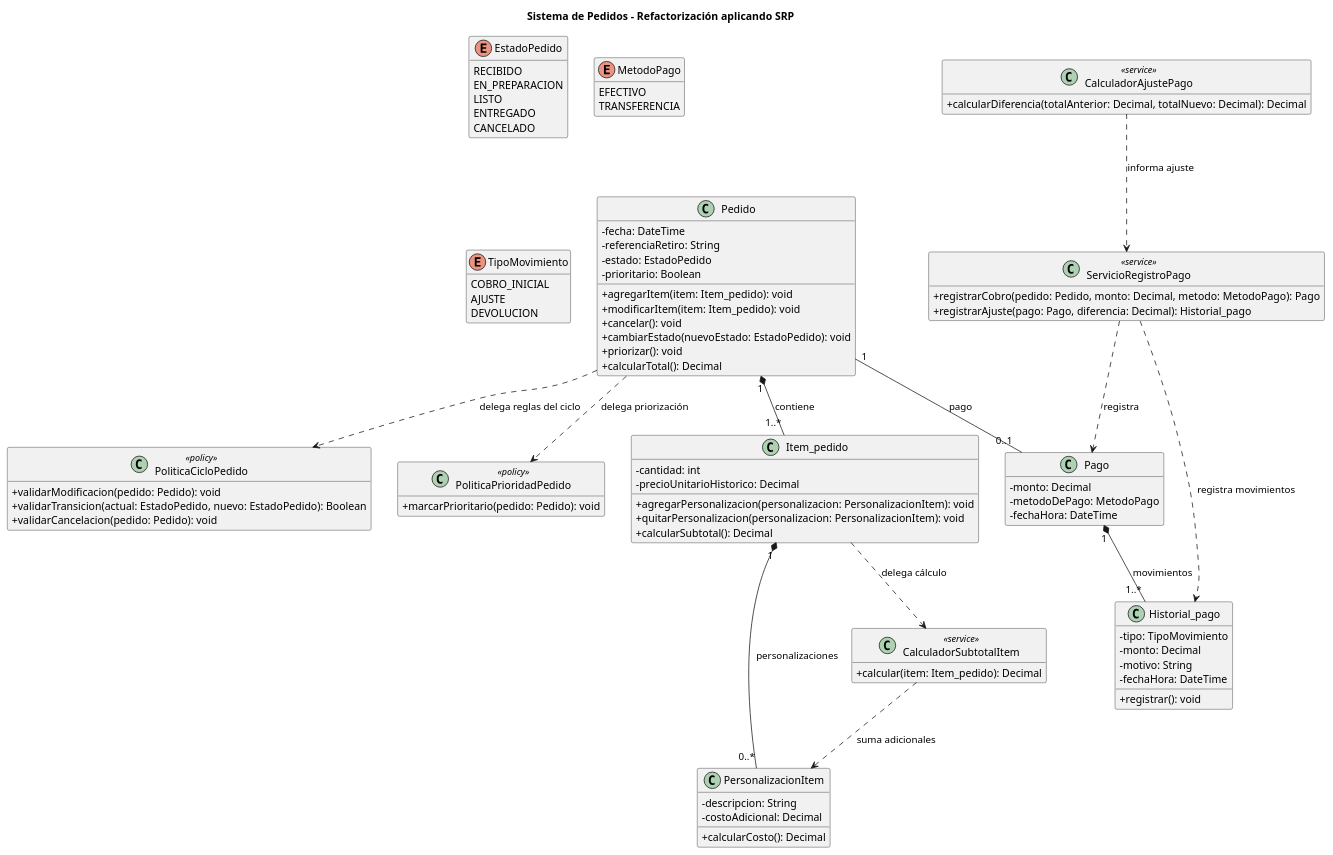
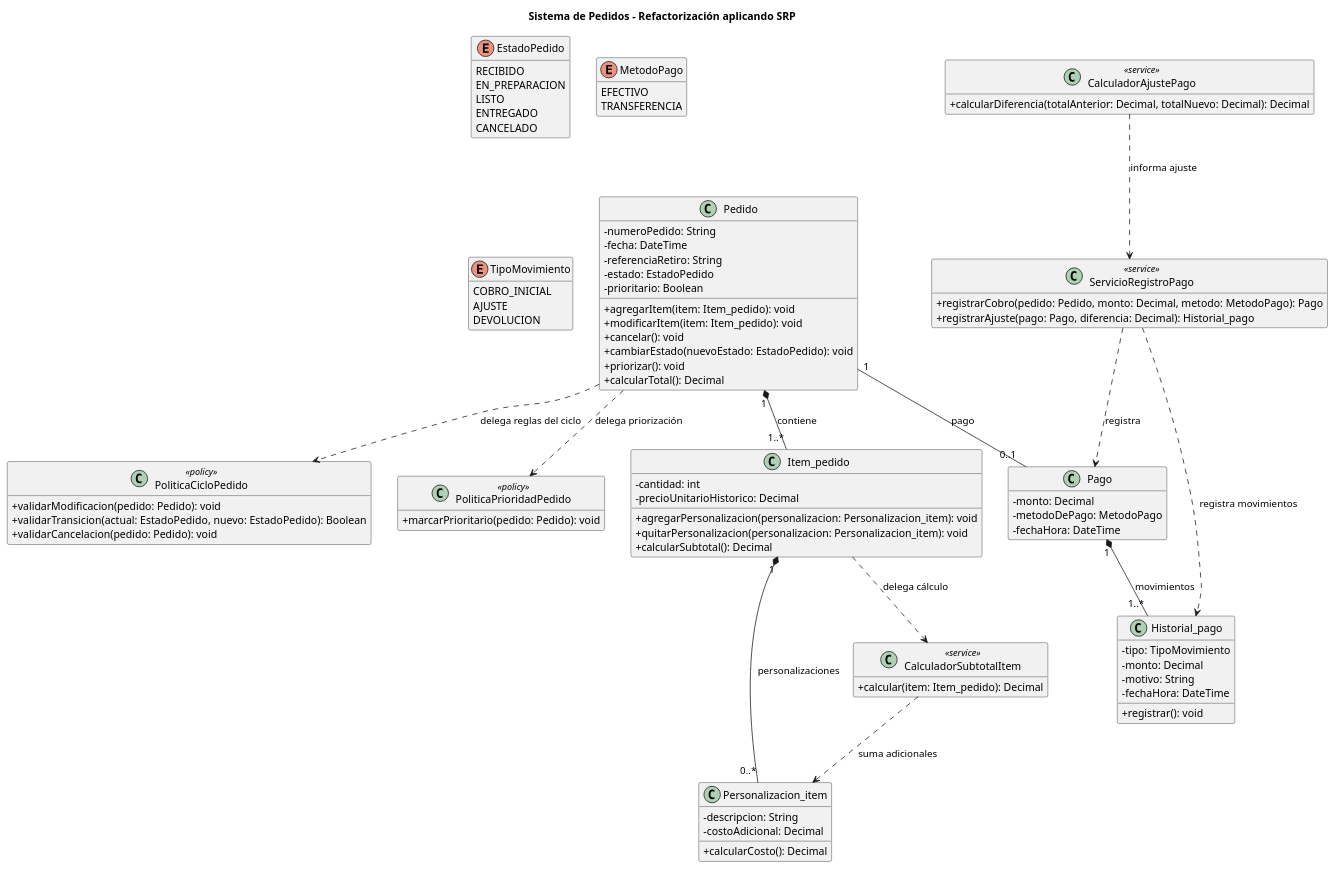
One commit to eloeyhe/SistemaPedidos changed the diagram in diagramas/01-diagrama-clases/01-solid-01-srp.puml. Above: the diagram before and after it, drawn with PlantUML. The commit also changed 4 other files, not shown here.

```diff
--- a/diagramas/01-diagrama-clases/01-solid-01-srp.puml
+++ b/diagramas/01-diagrama-clases/01-solid-01-srp.puml
@@ -1,106 +1,107 @@
 @startuml
 title Sistema de Pedidos - Refactorización aplicando SRP
 
 skinparam classAttributeIconSize 0
 hide empty members
 
 class Pedido {
+  - numeroPedido: String
   - fecha: DateTime
   - referenciaRetiro: String
   - estado: EstadoPedido
   - prioritario: Boolean
   + agregarItem(item: Item_pedido): void
   + modificarItem(item: Item_pedido): void
   + cancelar(): void
   + cambiarEstado(nuevoEstado: EstadoPedido): void
   + priorizar(): void
   + calcularTotal(): Decimal
 }
 
 class Item_pedido {
   - cantidad: int
   - precioUnitarioHistorico: Decimal
-  + agregarPersonalizacion(personalizacion: PersonalizacionItem): void
-  + quitarPersonalizacion(personalizacion: PersonalizacionItem): void
+  + agregarPersonalizacion(personalizacion: Personalizacion_item): void
+  + quitarPersonalizacion(personalizacion: Personalizacion_item): void
   + calcularSubtotal(): Decimal
 }
 
-class PersonalizacionItem {
+class Personalizacion_item {
   - descripcion: String
   - costoAdicional: Decimal
   + calcularCosto(): Decimal
 }
 
 class Pago {
   - monto: Decimal
   - metodoDePago: MetodoPago
   - fechaHora: DateTime
 }
 
 class Historial_pago {
   - tipo: TipoMovimiento
   - monto: Decimal
   - motivo: String
   - fechaHora: DateTime
   + registrar(): void
 }
 
 class PoliticaCicloPedido <<policy>> {
   + validarModificacion(pedido: Pedido): void
   + validarTransicion(actual: EstadoPedido, nuevo: EstadoPedido): Boolean
   + validarCancelacion(pedido: Pedido): void
 }
 
 class PoliticaPrioridadPedido <<policy>> {
   + marcarPrioritario(pedido: Pedido): void
 }
 
 class ServicioRegistroPago <<service>> {
   + registrarCobro(pedido: Pedido, monto: Decimal, metodo: MetodoPago): Pago
   + registrarAjuste(pago: Pago, diferencia: Decimal): Historial_pago
 }
 
 class CalculadorAjustePago <<service>> {
   + calcularDiferencia(totalAnterior: Decimal, totalNuevo: Decimal): Decimal
 }
 
 class CalculadorSubtotalItem <<service>> {
   + calcular(item: Item_pedido): Decimal
 }
 
 enum EstadoPedido {
   RECIBIDO
   EN_PREPARACION
   LISTO
   ENTREGADO
   CANCELADO
 }
 
 enum MetodoPago {
   EFECTIVO
   TRANSFERENCIA
 }
 
 enum TipoMovimiento {
   COBRO_INICIAL
   AJUSTE
   DEVOLUCION
 }
 
 Pedido "1" *-- "1..*" Item_pedido : contiene
-Item_pedido "1" *-- "0..*" PersonalizacionItem : personalizaciones
+Item_pedido "1" *-- "0..*" Personalizacion_item : personalizaciones
 Pedido "1" -- "0..1" Pago : pago
 Pago "1" *-- "1..*" Historial_pago : movimientos
 
 Pedido ..> PoliticaCicloPedido : delega reglas del ciclo
 Pedido ..> PoliticaPrioridadPedido : delega priorización
 Item_pedido ..> CalculadorSubtotalItem : delega cálculo
-CalculadorSubtotalItem ..> PersonalizacionItem : suma adicionales
+CalculadorSubtotalItem ..> Personalizacion_item : suma adicionales
 ServicioRegistroPago ..> Pago : registra
 ServicioRegistroPago ..> Historial_pago : registra movimientos
 CalculadorAjustePago ..> ServicioRegistroPago : informa ajuste
 
 
 
 
 @enduml
```
